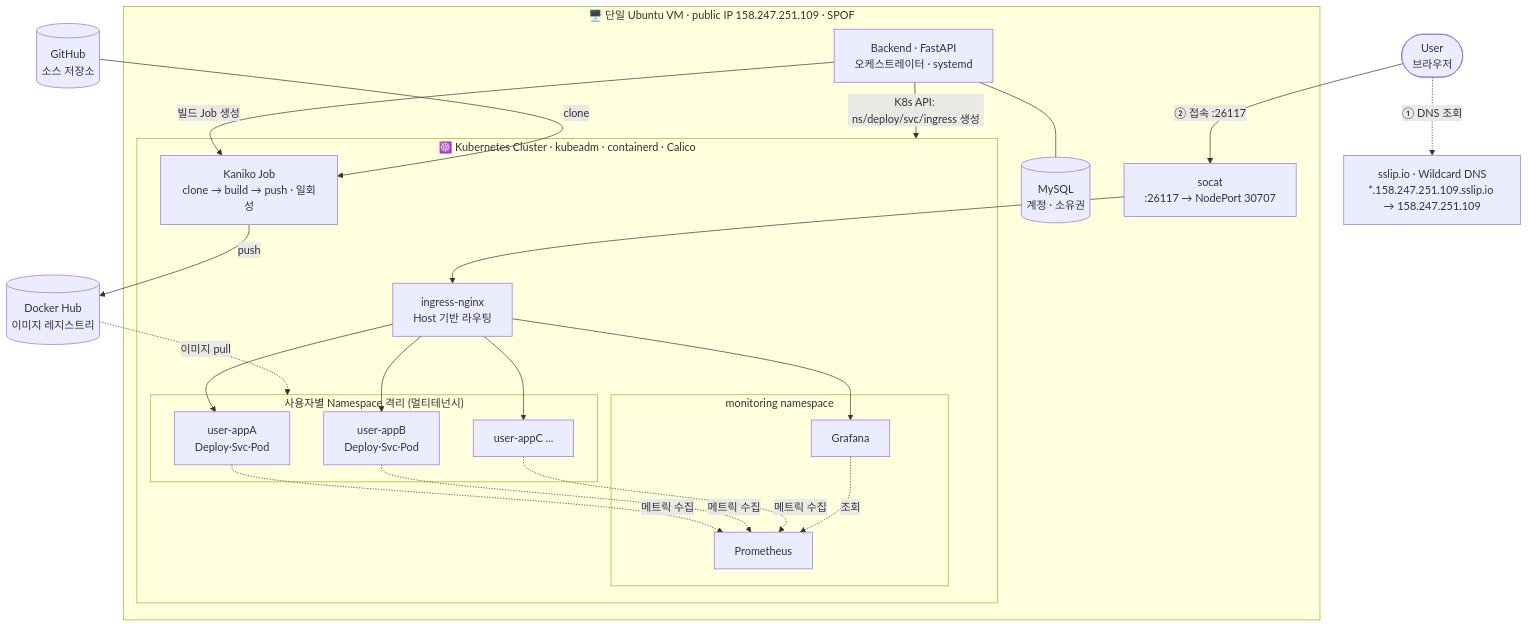
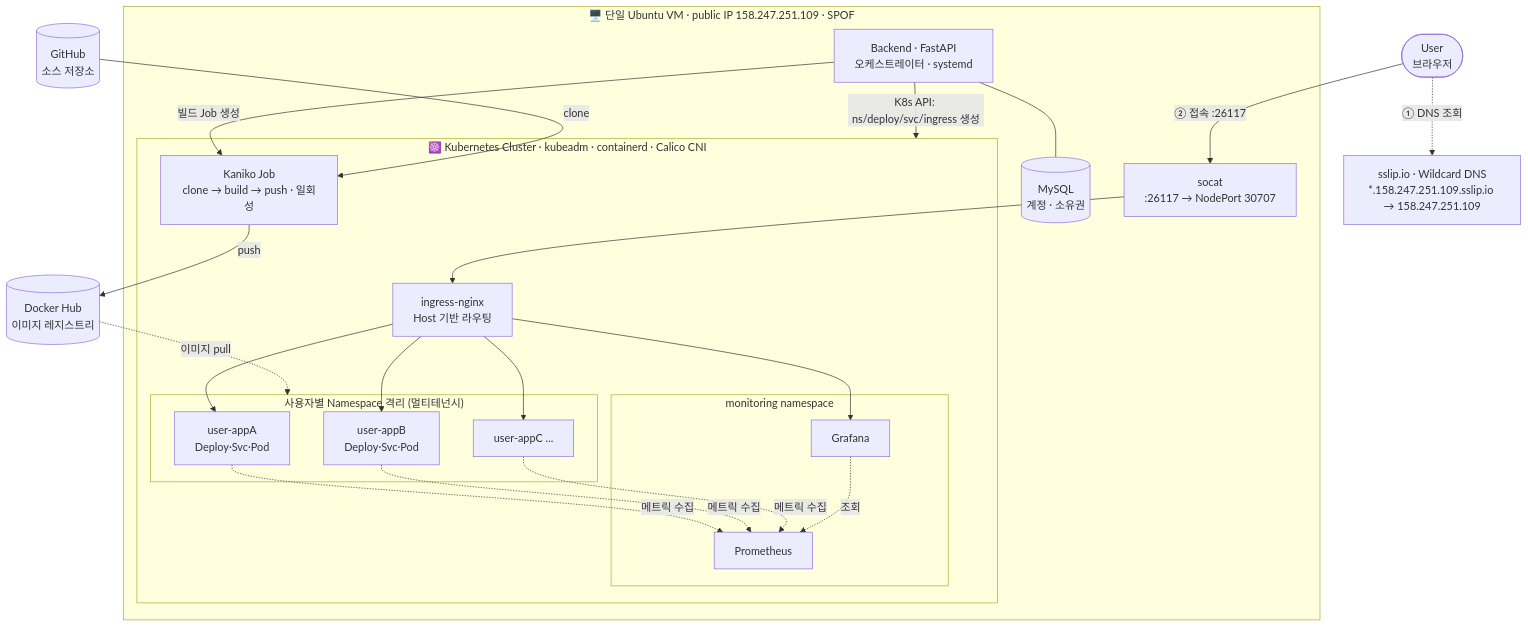
Before and after one commit to NimbusEngine/infra: the diagram in README.md, drawn with Mermaid. The commit also changed other lines of this file and 2 other files, not shown here.

First line of the commit message:
Fill cluster/monitoring docs with real VM values

````diff
--- a/README.md
+++ b/README.md
@@ -18,39 +18,39 @@
 ```mermaid
 flowchart TB
     User([User<br/>브라우저])
     DNS[sslip.io · Wildcard DNS<br/>*.158.247.251.109.sslip.io → 158.247.251.109]
     GH[(GitHub<br/>소스 저장소)]
     DH[(Docker Hub<br/>이미지 레지스트리)]
 
     subgraph VM["🖥️ 단일 Ubuntu VM · public IP 158.247.251.109 · SPOF"]
         SOCAT[socat<br/>:26117 → NodePort 30707]
         BE[Backend · FastAPI<br/>오케스트레이터 · systemd]
         DB[(MySQL<br/>계정 · 소유권)]
 
-        subgraph K8S["☸️ Kubernetes Cluster · kubeadm · containerd · Calico"]
+        subgraph K8S["☸️ Kubernetes Cluster · kubeadm · containerd · Calico CNI"]
             ING[ingress-nginx<br/>Host 기반 라우팅]
             subgraph NS["사용자별 Namespace 격리 (멀티테넌시)"]
                 A[user-appA<br/>Deploy·Svc·Pod]
                 B[user-appB<br/>Deploy·Svc·Pod]
                 C[user-appC ...]
             end
             KANIKO[Kaniko Job<br/>clone → build → push · 일회성]
             subgraph MON["monitoring namespace"]
                 PROM[Prometheus]
                 GRAF[Grafana]
             end
         end
     end
 
     User -. ① DNS 조회 .-> DNS
     User -- ② 접속 :26117 --> SOCAT --> ING
     ING --> A & B & C
     ING --> GRAF
     BE -- K8s API: ns/deploy/svc/ingress 생성 --> K8S
     BE -- 빌드 Job 생성 --> KANIKO
     GH -- clone --> KANIKO -- push --> DH
     DH -. 이미지 pull .-> NS
     A & B & C -. 메트릭 수집 .-> PROM
     GRAF -. 조회 .-> PROM
     BE --- DB
 ```
````
